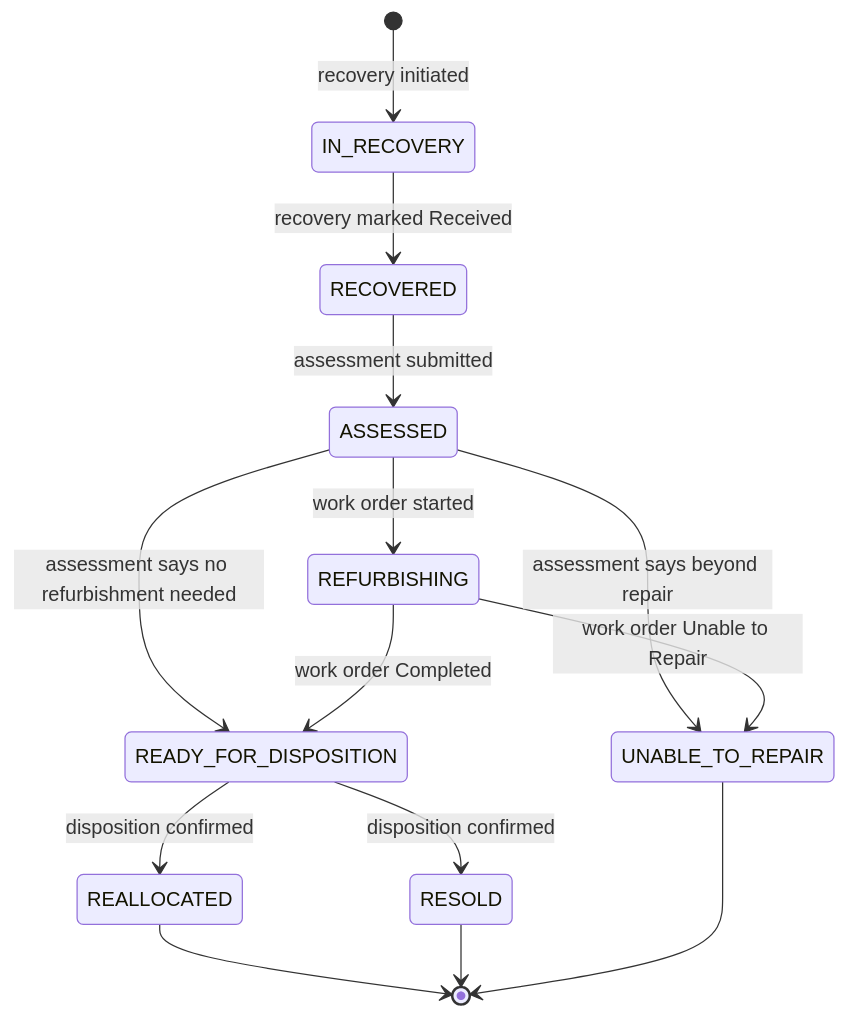
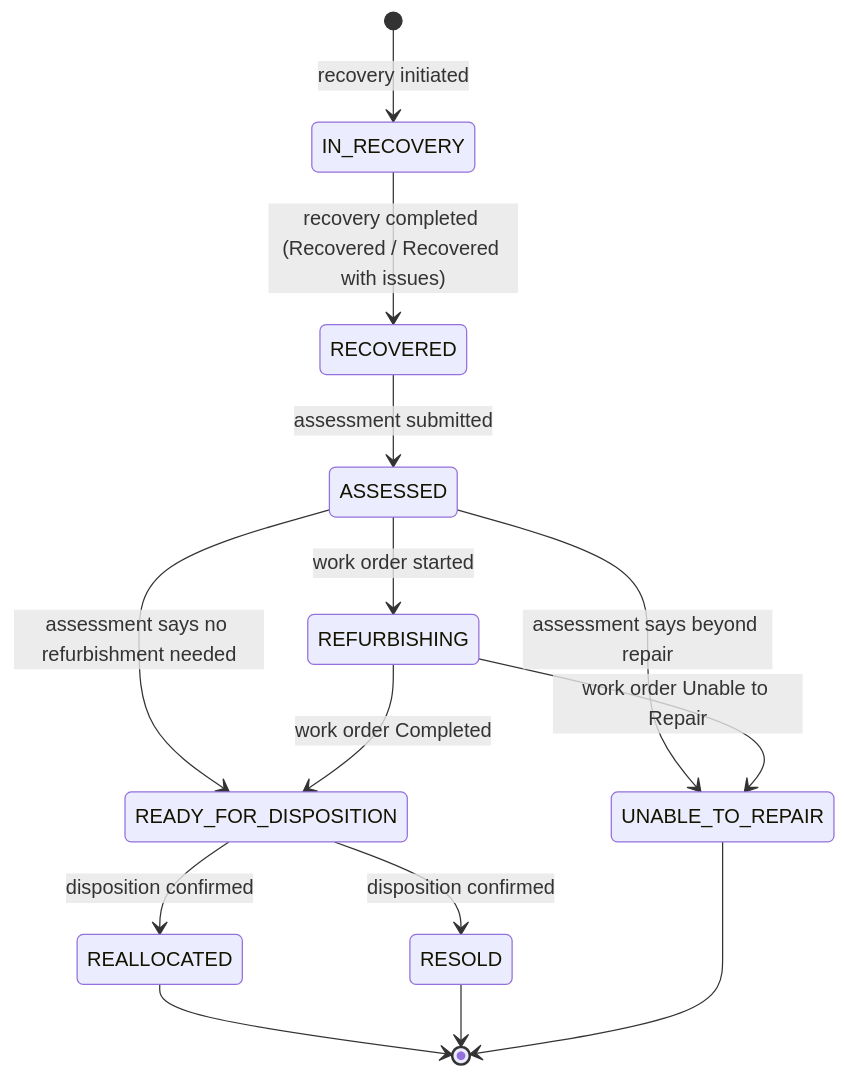
The third of 3 diagrams in docs/architecture.md (27654/AI-Repossessed-Device-Lifecycle), drawn with Mermaid before and after one commit. The commit also changed other lines of this file and 34 other files, not shown here.

````diff
--- a/docs/architecture.md
+++ b/docs/architecture.md
@@ -168,16 +168,16 @@
 ```mermaid
 stateDiagram-v2
     [*] --> IN_RECOVERY: recovery initiated
-    IN_RECOVERY --> RECOVERED: recovery marked Received
+    IN_RECOVERY --> RECOVERED: recovery completed (Recovered / Recovered with issues)
     RECOVERED --> ASSESSED: assessment submitted
     ASSESSED --> REFURBISHING: work order started
     ASSESSED --> READY_FOR_DISPOSITION: assessment says no refurbishment needed
     ASSESSED --> UNABLE_TO_REPAIR: assessment says beyond repair
     REFURBISHING --> READY_FOR_DISPOSITION: work order Completed
     REFURBISHING --> UNABLE_TO_REPAIR: work order Unable to Repair
     READY_FOR_DISPOSITION --> REALLOCATED: disposition confirmed
     READY_FOR_DISPOSITION --> RESOLD: disposition confirmed
     REALLOCATED --> [*]
     RESOLD --> [*]
     UNABLE_TO_REPAIR --> [*]
 ```
````
